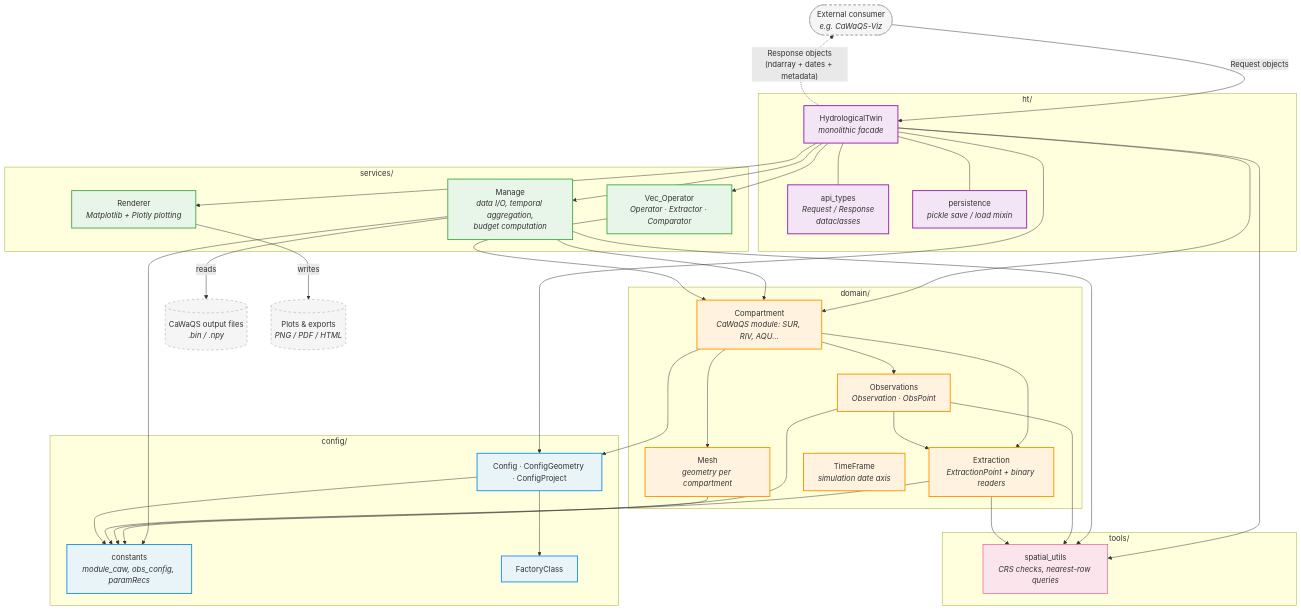
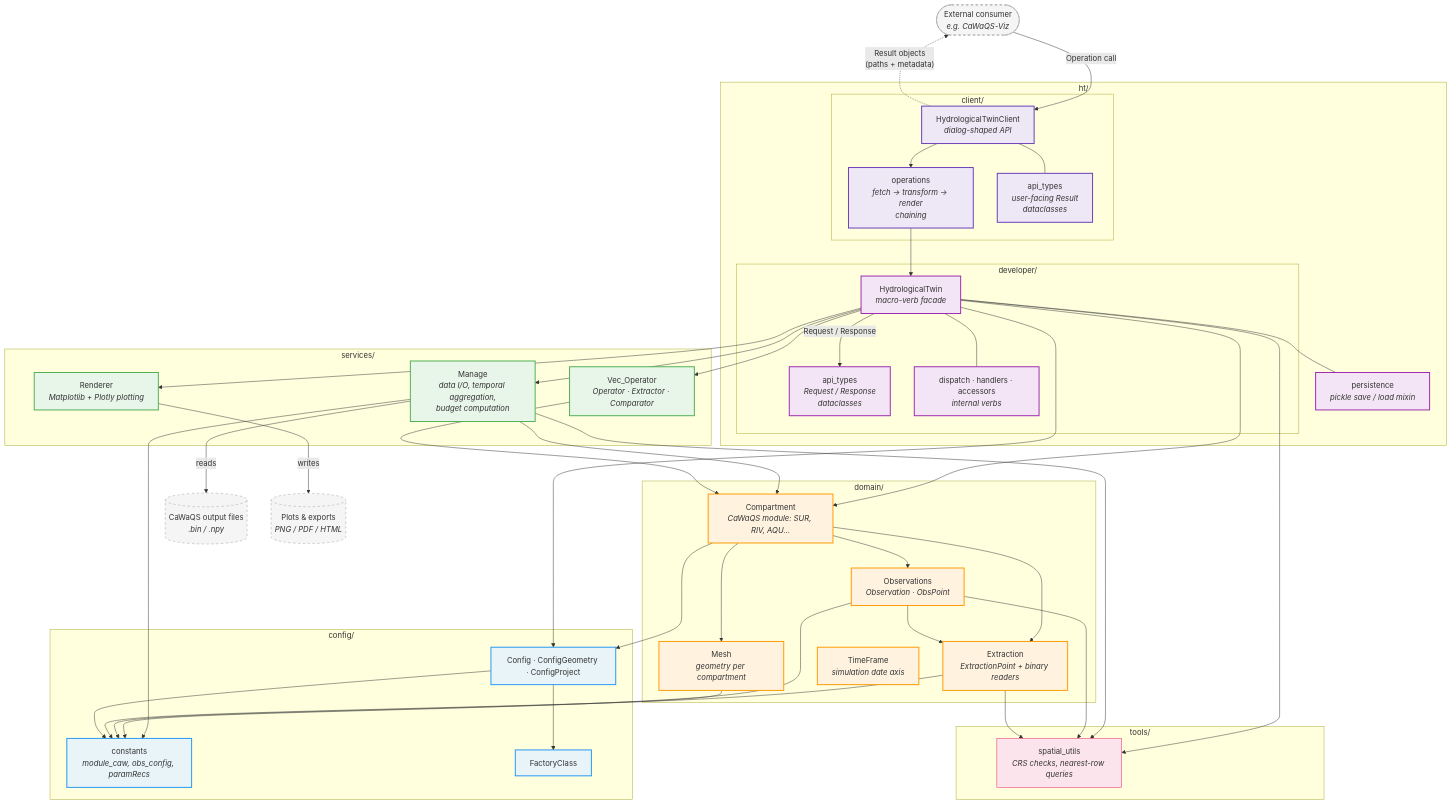
One commit to flipoyo/HydrologicalTwinAlphaSeries changed the diagram in README.md. Above: the diagram before and after it, drawn with Mermaid. The commit also changed other lines of this file, not shown here.

Commit message:
Updated the Readme with the new organization of teh ht (/client and /developer)

```diff
--- a/README.md
+++ b/README.md
@@ -83,8 +96,16 @@
     disk_out[("Plots & exports<br/><i>PNG / PDF / HTML</i>")]
 
     subgraph HT ["ht/"]
-        facade["HydrologicalTwin<br/><i>monolithic facade</i>"]
-        api["api_types<br/><i>Request / Response<br/>dataclasses</i>"]
+        subgraph HTClient ["client/"]
+            client["HydrologicalTwinClient<br/><i>dialog-shaped API</i>"]
+            ops["operations<br/><i>fetch → transform → render<br/>chaining</i>"]
+            client_api["api_types<br/><i>user-facing Result<br/>dataclasses</i>"]
+        end
+        subgraph HTDeveloper ["developer/"]
+            facade["HydrologicalTwin<br/><i>macro-verb facade</i>"]
+            api["api_types<br/><i>Request / Response<br/>dataclasses</i>"]
+            dispatch["dispatch · handlers · accessors<br/><i>internal verbs</i>"]
+        end
         persist["persistence<br/><i>pickle save / load mixin</i>"]
     end
 
@@ -112,10 +133,15 @@
         spatial["spatial_utils<br/><i>CRS checks, nearest-row queries</i>"]
     end
 
-    consumer -- "Request objects" --> facade
-    facade -. "Response objects<br/>(ndarray + dates + metadata)" .-> consumer
-    facade --- api
+    consumer -- "Operation call" --> client
+    client -. "Result objects<br/>(paths + metadata)" .-> consumer
+    client --- client_api
+    client --> ops
+    ops --> facade
+
+    facade -- "Request / Response" --> api
     facade --- persist
+    facade --- dispatch
 
     facade --> manage
     facade --> vecop
@@ -146,6 +172,7 @@
     manage -- "reads" --> disk_in
     renderer -- "writes" --> disk_out
 
+    classDef htclient fill:#ede7f6,stroke:#673AB7,stroke-width:2px
     classDef htlayer fill:#f3e5f5,stroke:#9C27B0,stroke-width:2px
     classDef services fill:#e8f5e9,stroke:#4CAF50,stroke-width:2px
     classDef domain fill:#fff3e0,stroke:#FF9800,stroke-width:2px
@@ -153,7 +180,8 @@
     classDef tools fill:#fce4ec,stroke:#E91E63,stroke-width:1px
     classDef external fill:#f5f5f5,stroke:#9E9E9E,stroke-width:1px,stroke-dasharray: 5 5
 
-    class facade,api,persist htlayer
+    class client,ops,client_api htclient
+    class facade,api,dispatch,persist htlayer
     class manage,vecop,renderer services
     class compartment,mesh,obs,extraction,timeframe domain
     class configmod,constants,factory config
```
